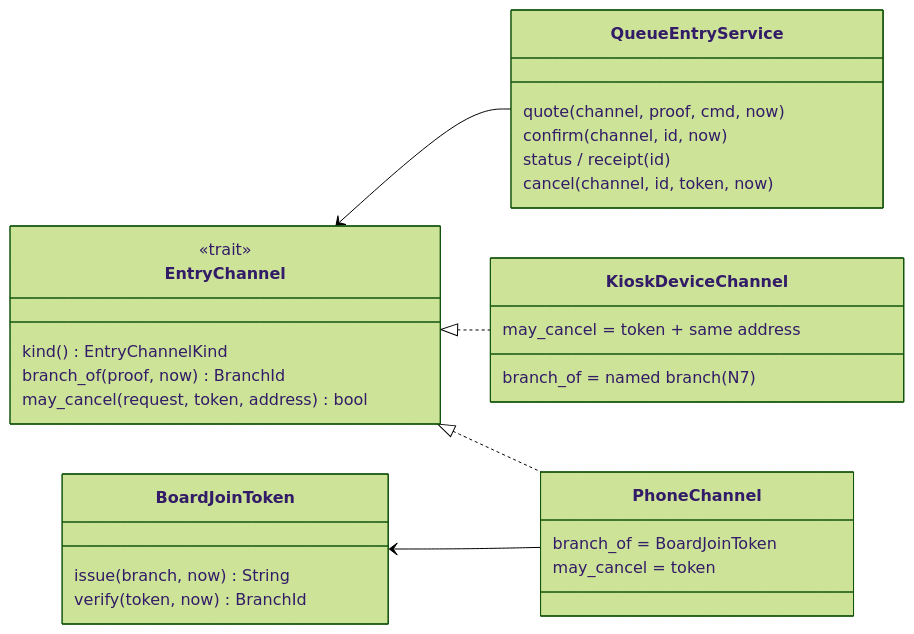
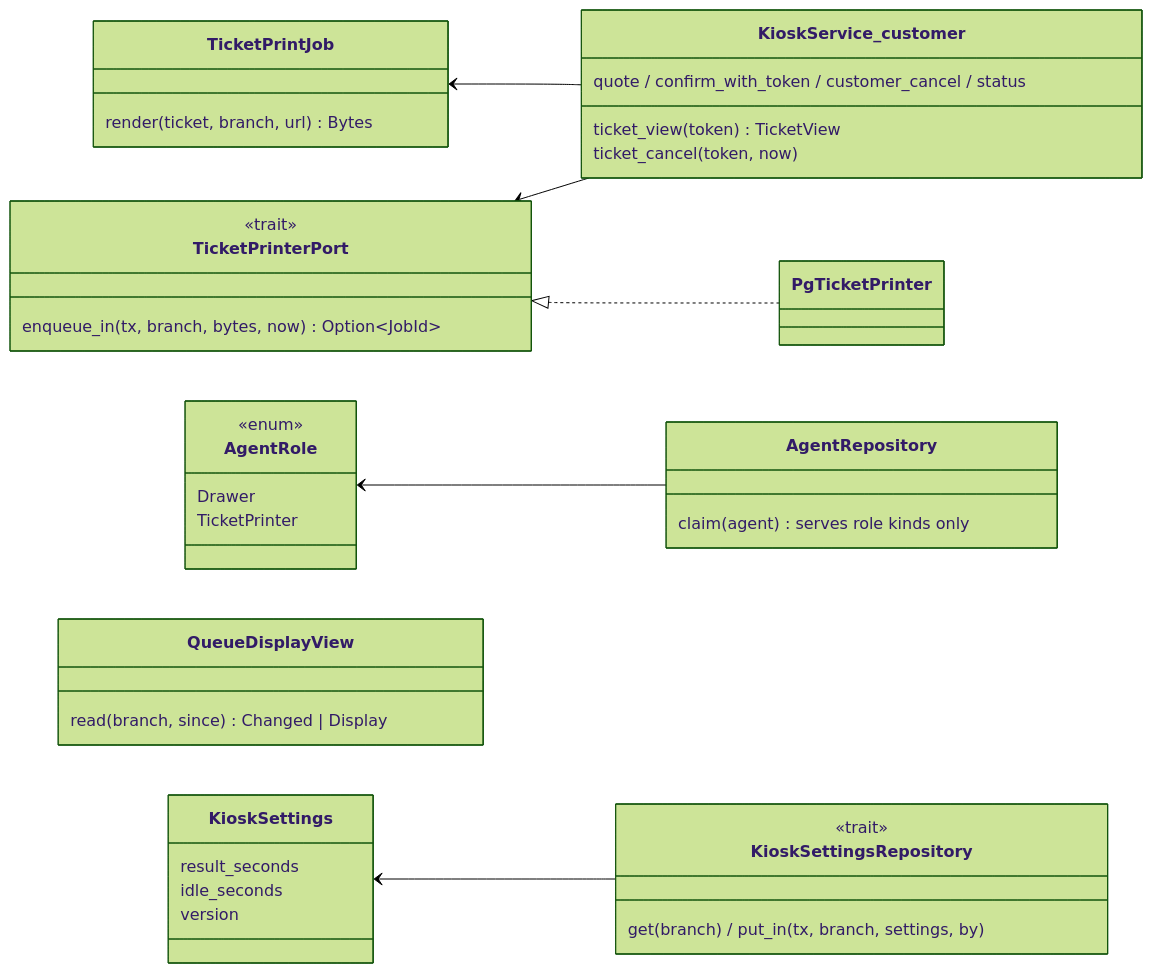
One commit to yuthstyle88/xchange-dev changed the diagram in docs/design/blueprint/kiosk-shared-phone.md. Above: the diagram before and after it, drawn with Mermaid (forest theme). The commit also changed other lines of this file, not shown here.

First line of the commit message:
docs(design): kiosk-shared-phone §4 — final model: kiosk issues printed queue tickets only (owner)

````diff
--- a/docs/design/blueprint/kiosk-shared-phone.md
+++ b/docs/design/blueprint/kiosk-shared-phone.md
@@ -127,32 +148,42 @@
 ```mermaid
 classDiagram
   direction LR
-  class QueueEntryService {
-    quote(channel, proof, cmd, now)
-    confirm(channel, id, now)
-    status / receipt(id)
-    cancel(channel, id, token, now)
+  class KioskService_customer {
+    quote / confirm_with_token / customer_cancel / status
+    ticket_view(token) TicketView
+    ticket_cancel(token, now)
   }
-  class EntryChannel {
+  class TicketPrintJob {
+    render(ticket, branch, url) Bytes
+  }
+  class TicketPrinterPort {
     <<trait>>
-    kind() EntryChannelKind
-    branch_of(proof, now) BranchId
-    may_cancel(request, token, address) bool
+    enqueue_in(tx, branch, bytes, now) Option~JobId~
   }
-  class KioskDeviceChannel {
-    branch_of = named branch (N7)
-    may_cancel = token + same address
+  class PgTicketPrinter
+  class AgentRole {
+    <<enum>>
+    Drawer
+    TicketPrinter
   }
-  class PhoneChannel {
-    branch_of = BoardJoinToken
-    may_cancel = token
+  class AgentRepository {
+    claim(agent) serves role kinds only
   }
-  class BoardJoinToken {
-    issue(branch, now) String
-    verify(token, now) BranchId
+  class QueueDisplayView {
+    read(branch, since) Changed | Display
   }
-  EntryChannel <-- QueueEntryService
-  EntryChannel <|.. KioskDeviceChannel
-  EntryChannel <|.. PhoneChannel
-  BoardJoinToken <-- PhoneChannel
+  class KioskSettings {
+    result_seconds
+    idle_seconds
+    version
+  }
+  class KioskSettingsRepository {
+    <<trait>>
+    get(branch) / put_in(tx, branch, settings, by)
+  }
+  TicketPrintJob <-- KioskService_customer
+  TicketPrinterPort <-- KioskService_customer
+  TicketPrinterPort <|.. PgTicketPrinter
+  AgentRole <-- AgentRepository
+  KioskSettings <-- KioskSettingsRepository
 ```
````
